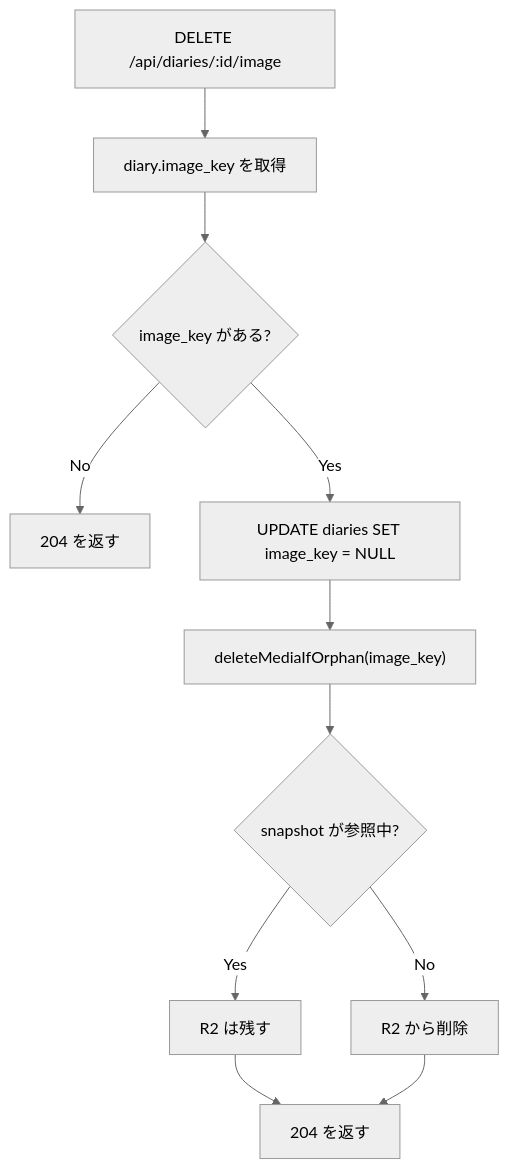
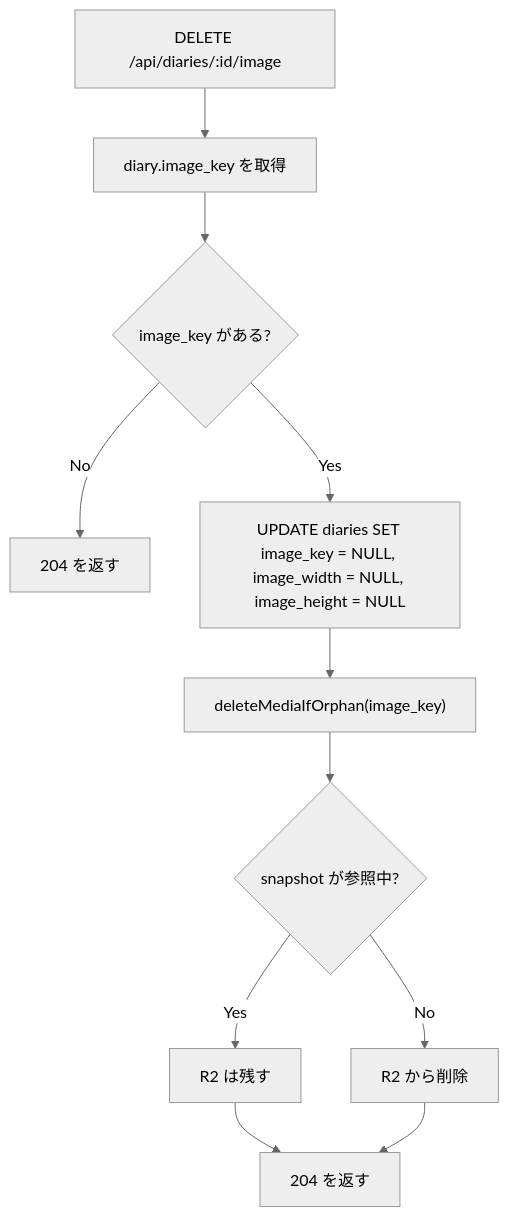
The fourth of 5 diagrams in docs/architecture/image-upload.md (shimabox/400-diary), drawn with Mermaid (neutral theme) before and after one commit. The commit also changed other lines of this file and 42 other files, not shown here.

````diff
--- a/docs/architecture/image-upload.md
+++ b/docs/architecture/image-upload.md
@@ -141,13 +190,13 @@
 ```mermaid
 flowchart TD
     A["DELETE /api/diaries/:id/image"] --> B["diary.image_key を取得"]
     B --> C{"image_key がある?"}
     C -->|No| D["204 を返す"]
-    C -->|Yes| E["UPDATE diaries SET image_key = NULL"]
+    C -->|Yes| E["UPDATE diaries SET image_key = NULL, image_width = NULL, image_height = NULL"]
     E --> F["deleteMediaIfOrphan(image_key)"]
     F --> G{"snapshot が参照中?"}
     G -->|Yes| H["R2 は残す"]
     G -->|No| I["R2 から削除"]
     H --> J["204 を返す"]
     I --> J
 ```
````
